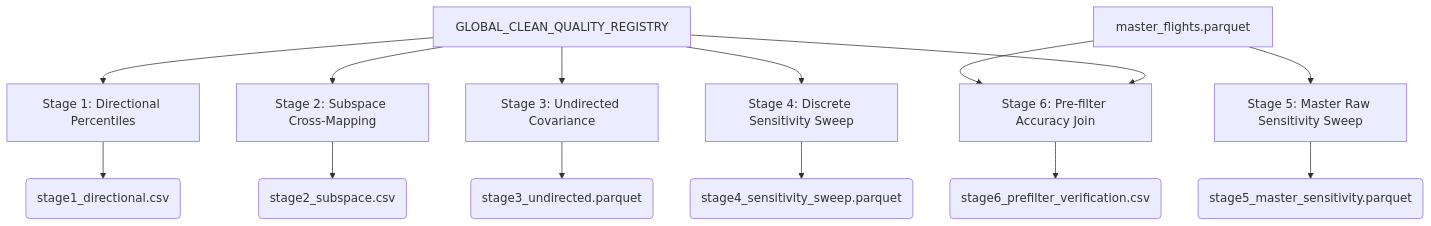
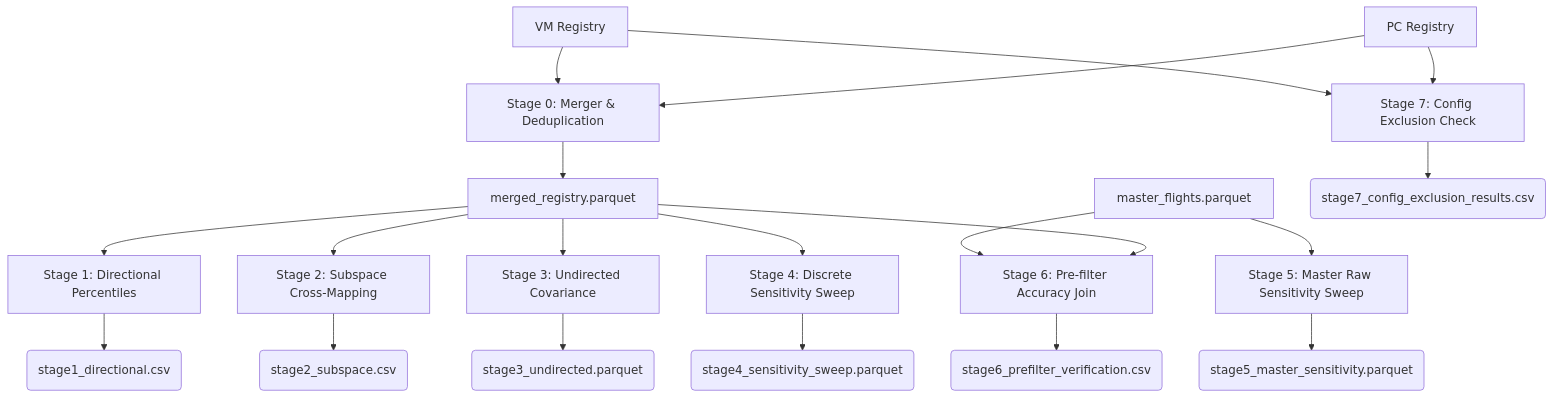
The diagram in src/analysis/PostFilter_callibration/README.md (Bauzement123/flight-physics-pipeline), drawn with Mermaid before and after one commit. The commit also changed other lines of this file and 11 other files, not shown here.

````diff
--- a/src/analysis/PostFilter_callibration/README.md
+++ b/src/analysis/PostFilter_callibration/README.md
@@ -28,18 +32,26 @@
 ```mermaid
 flowchart TD
-    A[GLOBAL_CLEAN_QUALITY_REGISTRY] --> S1[Stage 1: Directional Percentiles]
+    VM[VM Registry] --> S0
+    PC[PC Registry] --> S0
+    S0[Stage 0: Merger & Deduplication] --> A[merged_registry.parquet]
+    
+    A --> S1[Stage 1: Directional Percentiles]
     A --> S2[Stage 2: Subspace Cross-Mapping]
     A --> S3[Stage 3: Undirected Covariance]
     A --> S4[Stage 4: Discrete Sensitivity Sweep]
     
     B[master_flights.parquet] --> S5[Stage 5: Master Raw Sensitivity Sweep]
     B --> S6[Stage 6: Pre-filter Accuracy Join]
     A --> S6
     
+    VM --> S7[Stage 7: Config Exclusion Check]
+    PC --> S7
+    
     S1 --> C(stage1_directional.csv)
     S2 --> D(stage2_subspace.csv)
     S3 --> E(stage3_undirected.parquet)
     S4 --> F(stage4_sensitivity_sweep.parquet)
     S5 --> G(stage5_master_sensitivity.parquet)
     S6 --> H(stage6_prefilter_verification.csv)
+    S7 --> I(stage7_config_exclusion_results.csv)
 ```
````
